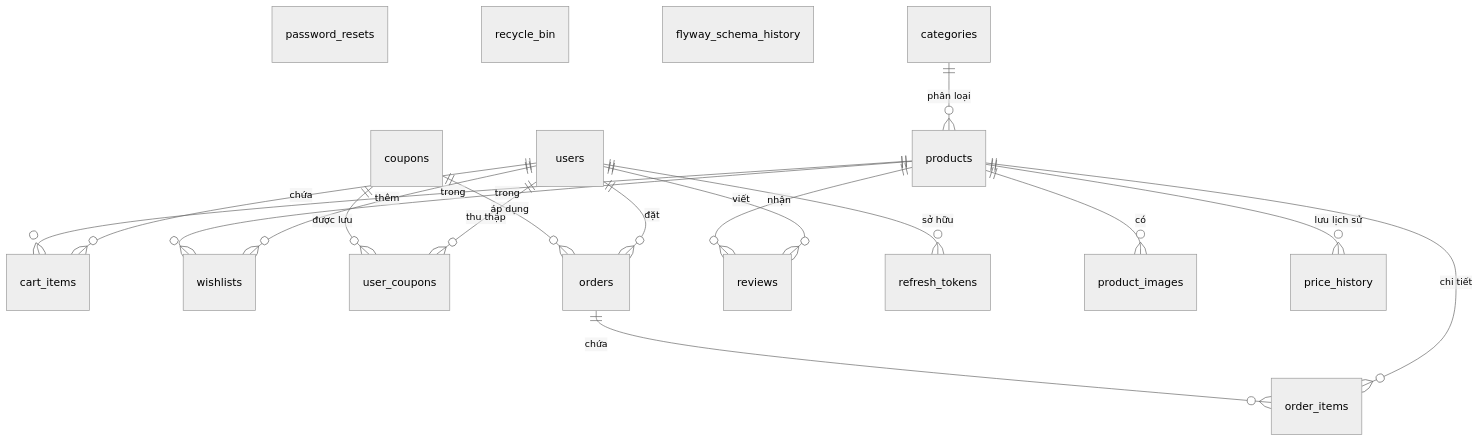
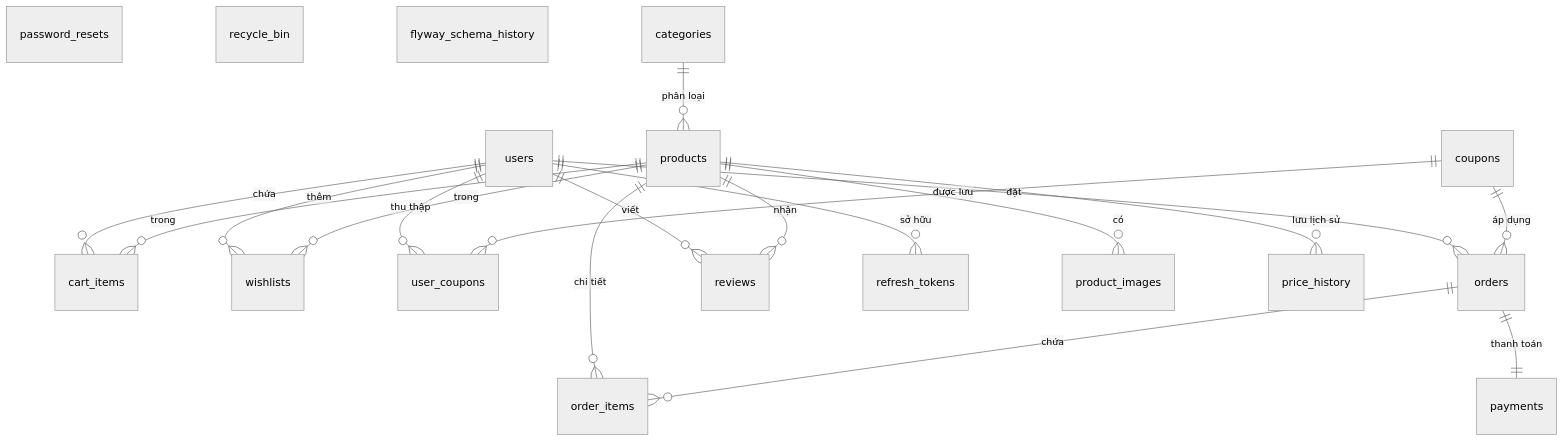
One commit to buithanhanhvu/WEBBANHANG changed the diagram in README.md. Above: the diagram before and after it, drawn with Mermaid (neutral theme). The commit also changed other lines of this file and 7 other files, not shown here.

Commit message:
feat: tach thong tin thanh toan thanh bang payments rieng biet de chuan hoa CSDL va tai lieu bao cao

````diff
--- a/README.md
+++ b/README.md
@@ -86,26 +86,27 @@
 ```mermaid
 erDiagram
     users ||--o{ cart_items : "chứa"
     users ||--o{ wishlists : "thêm"
     users ||--o{ user_coupons : "thu thập"
     users ||--o{ orders : "đặt"
     users ||--o{ reviews : "viết"
     users ||--o{ refresh_tokens : "sở hữu"
     password_resets {}
     recycle_bin {}
     flyway_schema_history {}
     
     categories ||--o{ products : "phân loại"
     
     products ||--o{ product_images : "có"
     products ||--o{ cart_items : "trong"
     products ||--o{ wishlists : "trong"
     products ||--o{ price_history : "lưu lịch sử"
     products ||--o{ order_items : "chi tiết"
     products ||--o{ reviews : "nhận"
     
     coupons ||--o{ user_coupons : "được lưu"
     coupons ||--o{ orders : "áp dụng"
     
     orders ||--o{ order_items : "chứa"
+    orders ||--|| payments : "thanh toán"
 ```
````
